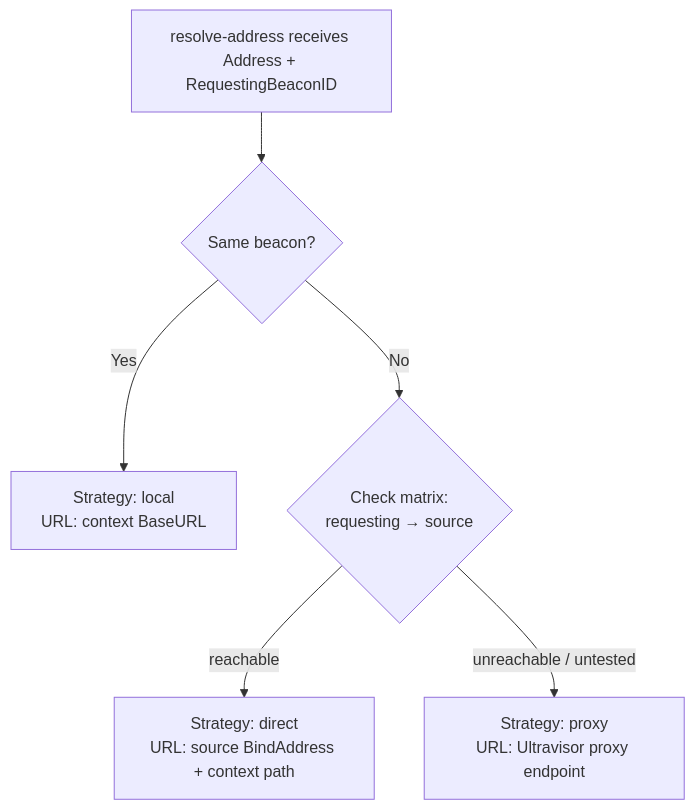
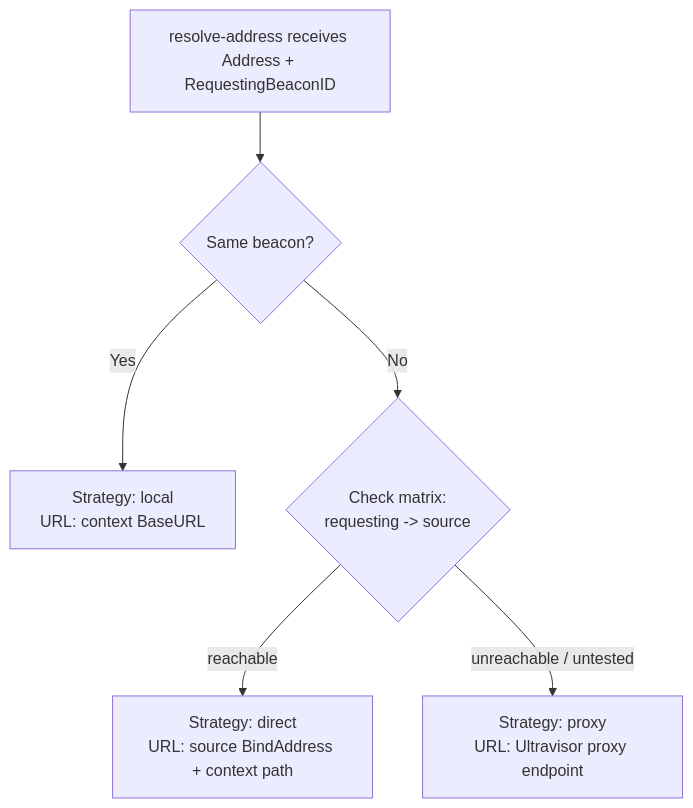
The third of 3 diagrams in docs/features/reachability-matrix.md (stevenvelozo/ultravisor), drawn with Mermaid before and after one commit. The commit also changed other lines of this file and 18 other files, not shown here.

````diff
--- a/docs/features/reachability-matrix.md
+++ b/docs/features/reachability-matrix.md
@@ -106,8 +106,8 @@
 ```mermaid
 flowchart TD
     A[resolve-address receives Address + RequestingBeaconID] --> B{Same beacon?}
     B -->|Yes| C["Strategy: local<br/>URL: context BaseURL"]
-    B -->|No| D{Check matrix:<br/>requesting → source}
+    B -->|No| D{Check matrix:<br/>requesting -> source}
     D -->|reachable| E["Strategy: direct<br/>URL: source BindAddress + context path"]
     D -->|unreachable / untested| F["Strategy: proxy<br/>URL: Ultravisor proxy endpoint"]
 ```
````
